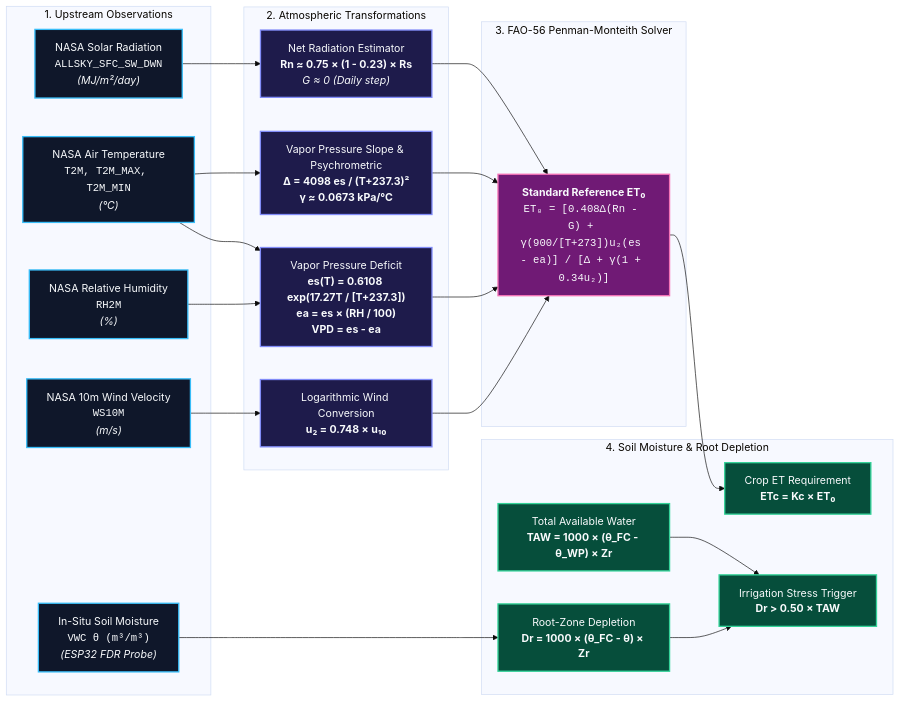
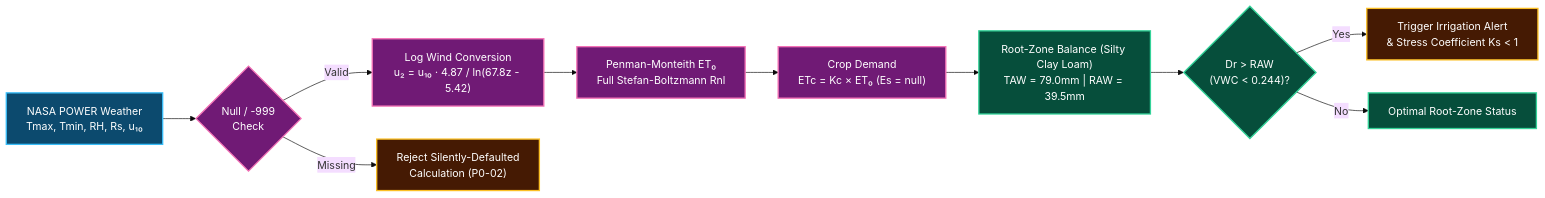
One commit to ASHIK311/agrisense-fusion changed the second of 5 diagrams in README.md. Above: the diagram before and after it, drawn with Mermaid (base theme). The commit also changed other lines of this file and 8 other files, not shown here.

````diff
--- a/README.md
+++ b/README.md
@@ -176,43 +263,17 @@
 ```mermaid
-graph LR
-  classDef inputNode fill:#0f172a,stroke:#38bdf8,stroke-width:2px,color:#f8fafc;
-  classDef stepNode fill:#1e1b4b,stroke:#818cf8,stroke-width:2px,color:#f8fafc;
-  classDef mathNode fill:#701a75,stroke:#f472b6,stroke-width:2px,color:#f8fafc;
-  classDef outNode fill:#064e3b,stroke:#34d399,stroke-width:2px,color:#f8fafc;
+flowchart LR
+  classDef inp fill:#0c4a6e,stroke:#38bdf8,stroke-width:2px,color:#fff;
+  classDef calc fill:#701a75,stroke:#f472b6,stroke-width:2px,color:#fff;
+  classDef soil fill:#064e3b,stroke:#34d399,stroke-width:2px,color:#fff;
+  classDef out fill:#451a03,stroke:#fbbf24,stroke-width:2px,color:#fff;
 
-  subgraph Inputs["1. Upstream Observations"]
-    SW["NASA Solar Radiation<br/><code>ALLSKY_SFC_SW_DWN</code><br/><i>(MJ/m²/day)</i>"]:::inputNode
-    TEMP["NASA Air Temperature<br/><code>T2M, T2M_MAX, T2M_MIN</code><br/><i>(°C)</i>"]:::inputNode
-    HUMID["NASA Relative Humidity<br/><code>RH2M</code><br/><i>(%)</i>"]:::inputNode
-    WIND["NASA 10m Wind Velocity<br/><code>WS10M</code><br/><i>(m/s)</i>"]:::inputNode
-    SOIL["In-Situ Soil Moisture<br/><code>VWC θ (m³/m³)</code><br/><i>(ESP32 FDR Probe)</i>"]:::inputNode
-  end
-
-  subgraph Transformations["2. Atmospheric Transformations"]
-    U2["Logarithmic Wind Conversion<br/><b>u₂ = 0.748 × u₁₀</b>"]:::stepNode
-    RN["Net Radiation Estimator<br/><b>Rn ≈ 0.75 × (1 - 0.23) × Rs</b><br/><i>G ≈ 0 (Daily step)</i>"]:::stepNode
-    VAPOR["Vapor Pressure Deficit<br/><b>es(T) = 0.6108 exp(17.27T / [T+237.3])</b><br/><b>ea = es × (RH / 100)</b><br/><b>VPD = es - ea</b>"]:::stepNode
-    DELTA["Vapor Pressure Slope & Psychrometric<br/><b>Δ = 4098 es / (T+237.3)²</b><br/><b>γ ≈ 0.0673 kPa/°C</b>"]:::stepNode
-  end
-
-  subgraph Engine["3. FAO-56 Penman-Monteith Solver"]
-    ET0["<b>Standard Reference ET₀</b><br/><code>ET₀ = [0.408Δ(Rn - G) + γ(900/[T+273])u₂(es - ea)] / [Δ + γ(1 + 0.34u₂)]</code>"]:::mathNode
-  end
-
-  subgraph WaterBalance["4. Soil Moisture & Root Depletion"]
-    ETC["Crop ET Requirement<br/><b>ETc = Kc × ET₀</b>"]:::outNode
-    TAW["Total Available Water<br/><b>TAW = 1000 × (θ_FC - θ_WP) × Zr</b>"]:::outNode
-    DR["Root-Zone Depletion<br/><b>Dr = 1000 × (θ_FC - θ) × Zr</b>"]:::outNode
-    STRESS["Irrigation Stress Trigger<br/><b>Dr > 0.50 × TAW</b>"]:::outNode
-  end
-
-  SW --> RN
-  TEMP --> VAPOR
-  HUMID --> VAPOR
-  TEMP --> DELTA
-  WIND --> U2
-  RN & VAPOR & DELTA & U2 --> ET0
-  ET0 --> ETC
-  SOIL --> DR
-  TAW & DR --> STRESS
+  W["NASA POWER Weather<br/>Tmax, Tmin, RH, Rs, u₁₀"]:::inp --> GUARD{"Null / -999<br/>Check"}:::calc
+  GUARD -->|Valid| WIND["Log Wind Conversion<br/>u₂ = u₁₀ · 4.87 / ln(67.8z - 5.42)"]:::calc
+  GUARD -->|Missing| FAIL["Reject Silently-Defaulted<br/>Calculation (P0-02)"]:::out
+  WIND --> ET0["Penman-Monteith ET₀<br/>Full Stefan-Boltzmann Rnl"]:::calc
+  ET0 --> ETC["Crop Demand<br/>ETc = Kc × ET₀ (Es = null)"]:::calc
+  ETC --> BAL["Root-Zone Balance (Silty Clay Loam)<br/>TAW = 79.0mm | RAW = 39.5mm"]:::soil
+  BAL --> TRIG{"Dr > RAW<br/>(VWC < 0.244)?"}:::soil
+  TRIG -->|Yes| ALERT["Trigger Irrigation Alert<br/>&amp; Stress Coefficient Ks < 1"]:::out
+  TRIG -->|No| OK["Optimal Root-Zone Status"]:::soil
 ```
````
